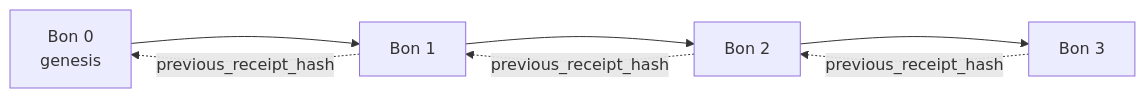
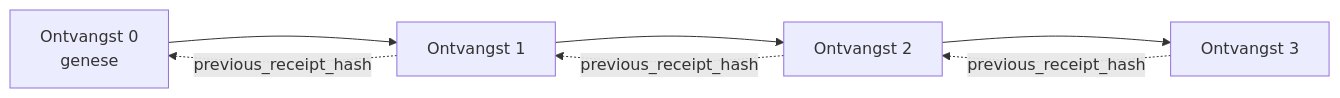
The second of 2 diagrams in mirrors/repos/microsoft@ai-agents-for-beginners/translations/nl/18-securing-ai-agents/README.md (gabrielmoreira/agent-skills-mirror), drawn with Mermaid before and after one commit. The commit also changed other lines of this file and 4262 other files, not shown here.

````diff
--- a/mirrors/repos/microsoft@ai-agents-for-beginners/translations/nl/18-securing-ai-agents/README.md
+++ b/mirrors/repos/microsoft@ai-agents-for-beginners/translations/nl/18-securing-ai-agents/README.md
@@ -206,9 +203,9 @@
 ```mermaid
 flowchart LR
-    R0[Bon 0<br/>genesis] --> R1[Bon 1]
-    R1 --> R2[Bon 2]
-    R2 --> R3[Bon 3]
+    R0[Ontvangst 0<br/>genese] --> R1[Ontvangst 1]
+    R1 --> R2[Ontvangst 2]
+    R2 --> R3[Ontvangst 3]
     R1 -. previous_receipt_hash .-> R0
     R2 -. previous_receipt_hash .-> R1
     R3 -. previous_receipt_hash .-> R2
 ```
````
